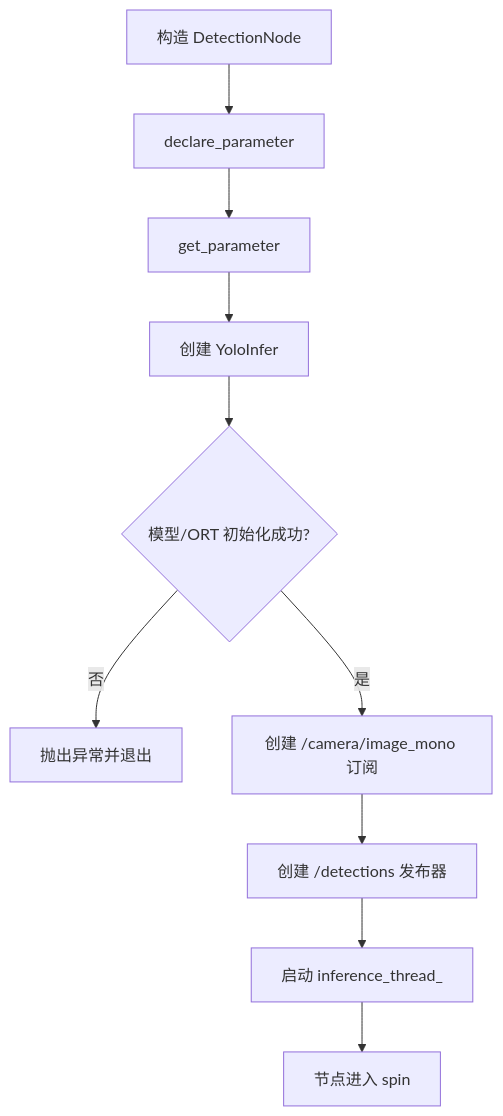
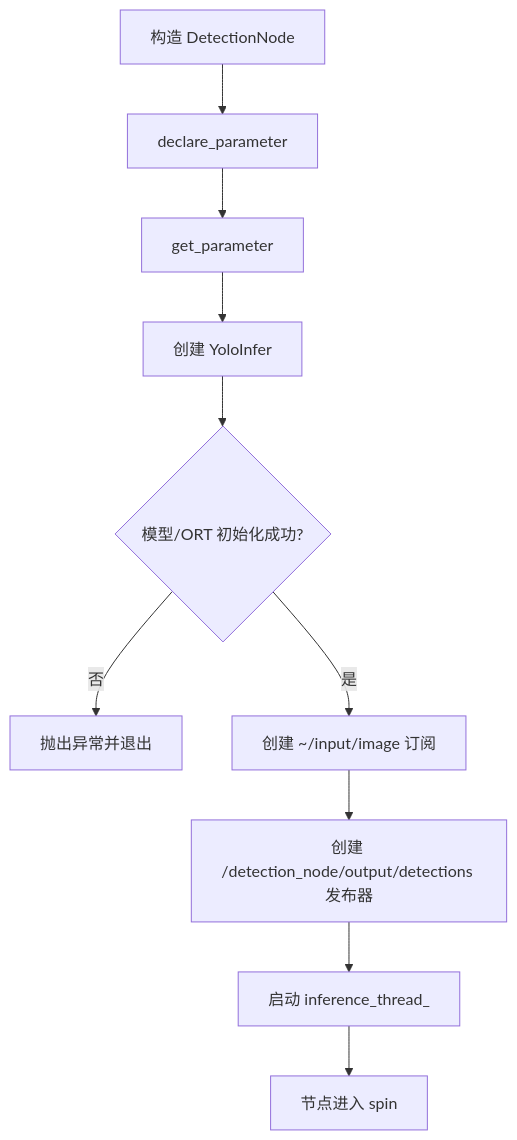
Before and after one commit to PT233/dog_dev: the second of 3 diagrams in docs/detection_node/detection_node-code-guide.md, drawn with Mermaid. The commit also changed other lines of this file and 322 other files, not shown here.

````diff
--- a/docs/detection_node/detection_node-code-guide.md
+++ b/docs/detection_node/detection_node-code-guide.md
@@ -231,12 +231,12 @@
 ```mermaid
 flowchart TD
     A[构造 DetectionNode] --> B[declare_parameter]
     B --> C[get_parameter]
     C --> D[创建 YoloInfer]
     D --> E{模型/ORT 初始化成功?}
     E -- 否 --> F[抛出异常并退出]
-    E -- 是 --> G[创建 /camera/image_mono 订阅]
-    G --> H[创建 /detections 发布器]
+    E -- 是 --> G[创建 ~/input/image 订阅]
+    G --> H[创建 /detection_node/output/detections 发布器]
     H --> I[启动 inference_thread_]
     I --> J[节点进入 spin]
 ```
````
